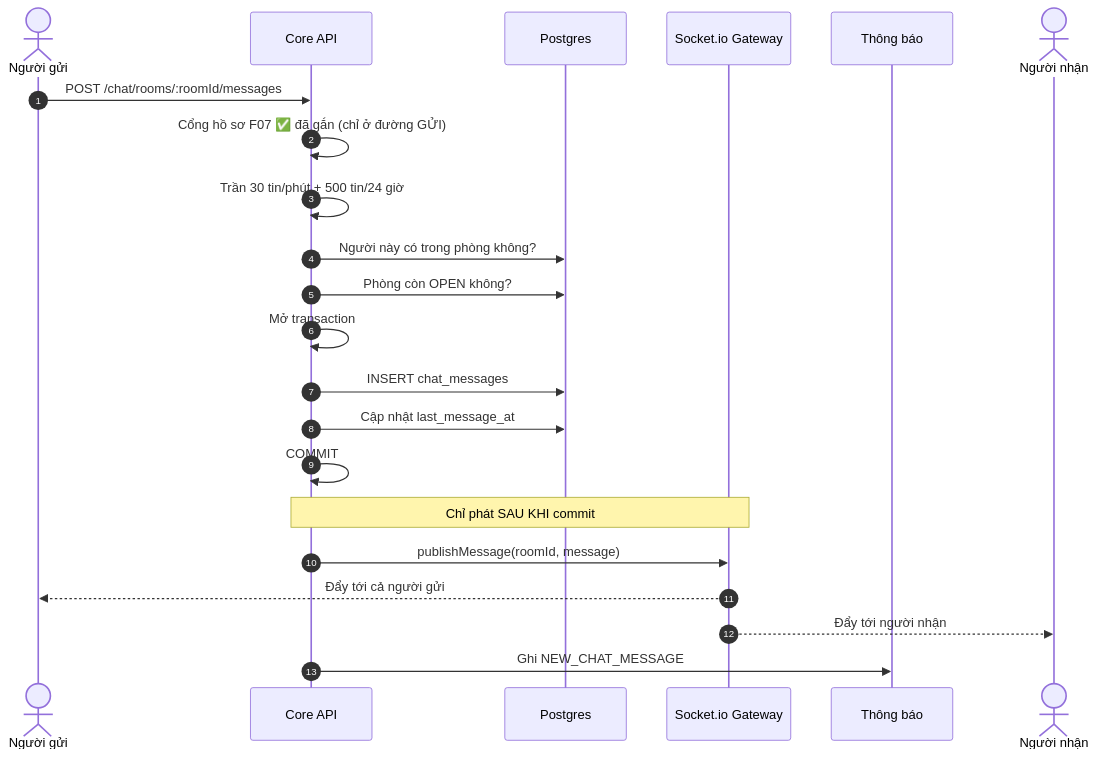
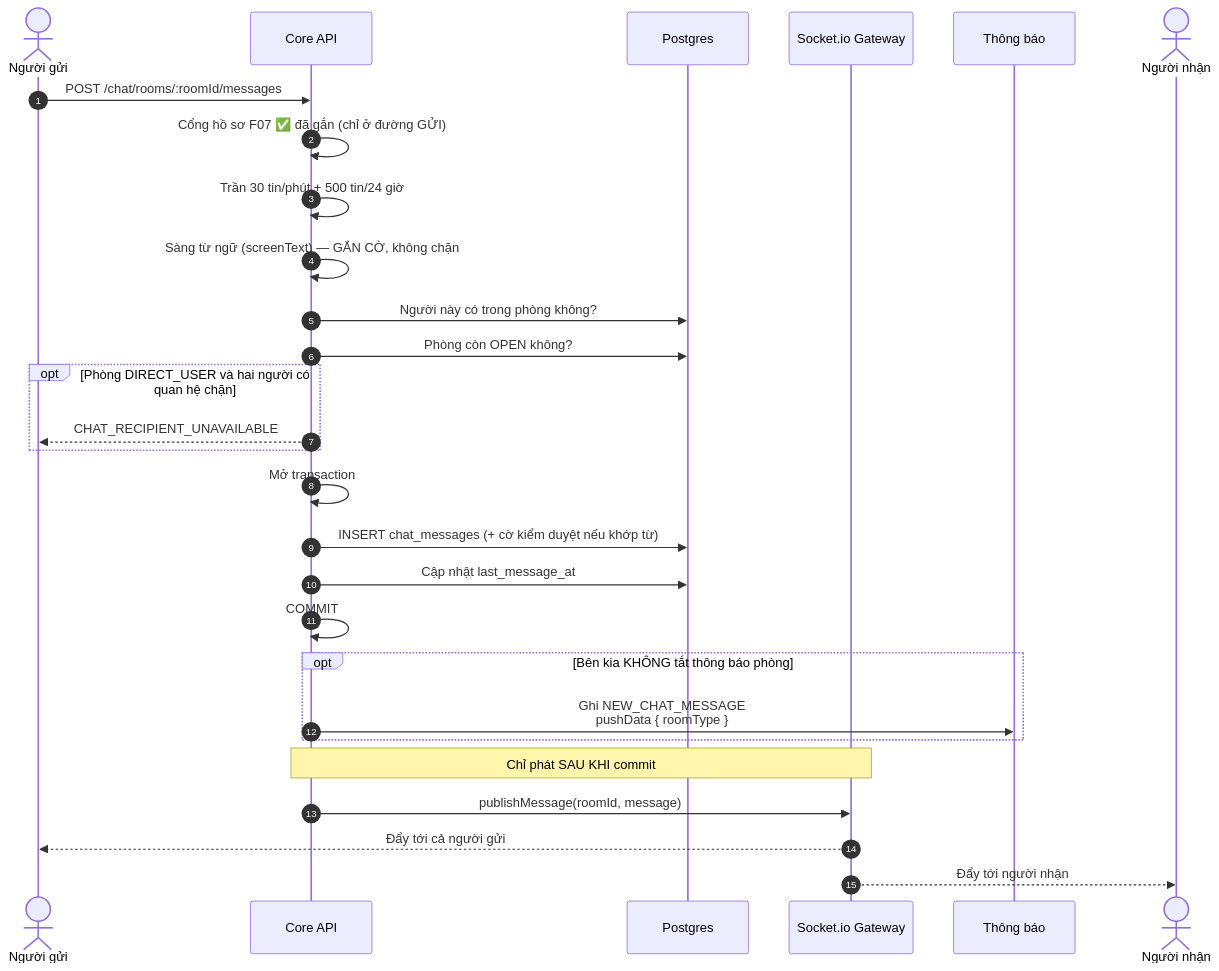
One commit to fdshn/trueheart changed the second of 7 diagrams in docs/diagram/09-chat.md. Above: the diagram before and after it, drawn with Mermaid. The commit also changed other lines of this file and 49 other files, not shown here.

````diff
--- a/docs/diagram/09-chat.md
+++ b/docs/diagram/09-chat.md
@@ -27,25 +42,31 @@
 ```mermaid
 sequenceDiagram
     autonumber
     actor A as Người gửi
     participant API as Core API
     participant DB as Postgres
     participant WS as Socket.io Gateway
     participant N as Thông báo
     actor B as Người nhận
 
     A->>API: POST /chat/rooms/:roomId/messages
     API->>API: Cổng hồ sơ F07 ✅ đã gắn (chỉ ở đường GỬI)
     API->>API: Trần 30 tin/phút + 500 tin/24 giờ
+    API->>API: Sàng từ ngữ (screenText) — GẮN CỜ, không chặn
     API->>DB: Người này có trong phòng không?
     API->>DB: Phòng còn OPEN không?
+    opt Phòng DIRECT_USER và hai người có quan hệ chặn
+        API-->>A: CHAT_RECIPIENT_UNAVAILABLE
+    end
     API->>API: Mở transaction
-    API->>DB: INSERT chat_messages
+    API->>DB: INSERT chat_messages (+ cờ kiểm duyệt nếu khớp từ)
     API->>DB: Cập nhật last_message_at
     API->>API: COMMIT
+    opt Bên kia KHÔNG tắt thông báo phòng
+        API->>N: Ghi NEW_CHAT_MESSAGE<br/>pushData { roomType }
+    end
     Note over API,WS: Chỉ phát SAU KHI commit
     API->>WS: publishMessage(roomId, message)
     WS-->>A: Đẩy tới cả người gửi
     WS-->>B: Đẩy tới người nhận
-    API->>N: Ghi NEW_CHAT_MESSAGE
 ```
````
